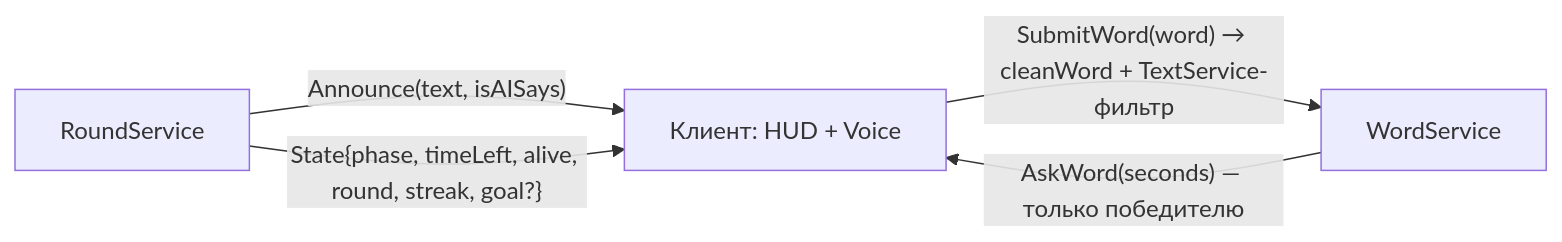
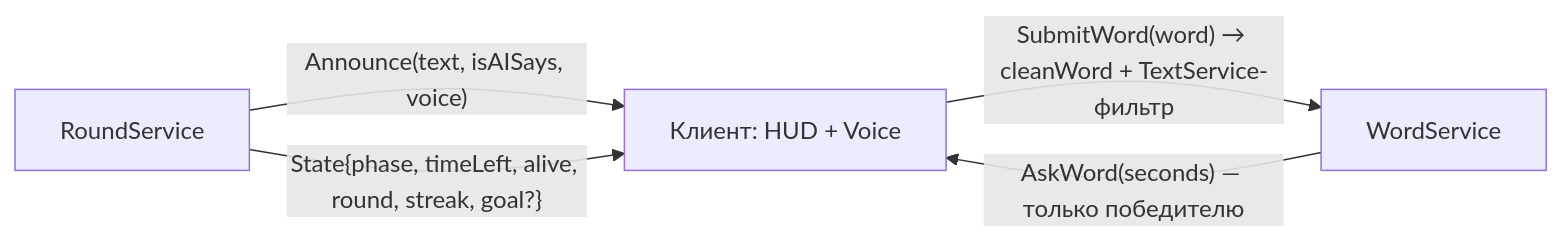
One commit to HageZERO2/AI-SAYS changed the second of 3 diagrams in docs/GRAPH.md. Above: the diagram before and after it, drawn with Mermaid. The commit also changed 9 other files, not shown here.

First line of the commit message:
English host voice: Russian text on screen, English TTS line

````diff
--- a/docs/GRAPH.md
+++ b/docs/GRAPH.md
@@ -48,7 +48,7 @@
 ```mermaid
 graph LR
-  RS[RoundService] -- "Announce(text, isAISays)" --> C[Клиент: HUD + Voice]
+  RS[RoundService] -- "Announce(text, isAISays, voice)" --> C[Клиент: HUD + Voice]
   RS -- "State{phase, timeLeft, alive, round, streak, goal?}" --> C
   WS[WordService] -- "AskWord(seconds) — только победителю" --> C
   C -- "SubmitWord(word) → cleanWord + TextService-фильтр" --> WS
 ```
````
